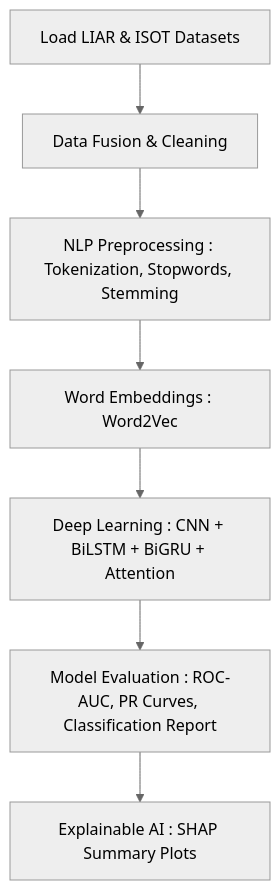
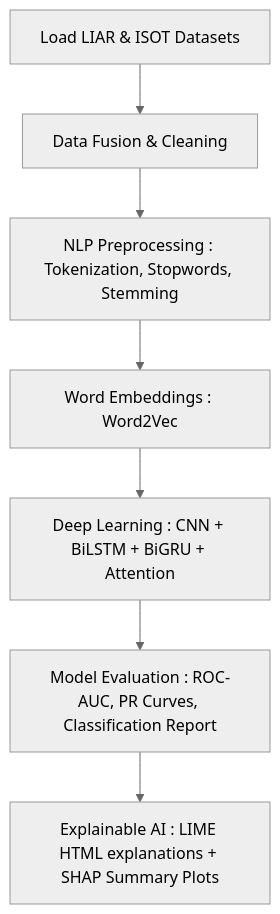
The diagram in README.md (Khushi9667/textual-fake-news-detection), drawn with Mermaid (neutral theme) before and after one commit. The commit also changed other lines of this file, not shown here.

````diff
--- a/README.md
+++ b/README.md
@@ -14,9 +14,9 @@
 ```mermaid
 flowchart TD
     A[Load LIAR & ISOT Datasets] --> B[Data Fusion & Cleaning]
     B --> C[NLP Preprocessing : Tokenization, Stopwords, Stemming]
     C --> D[Word Embeddings : Word2Vec]
     D --> E[Deep Learning : CNN + BiLSTM + BiGRU + Attention]
     E --> F[Model Evaluation : ROC-AUC, PR Curves, Classification Report]
-    F --> G[Explainable AI : SHAP Summary Plots]
+    F --> G[Explainable AI : LIME HTML explanations + SHAP Summary Plots]
 ```
````
